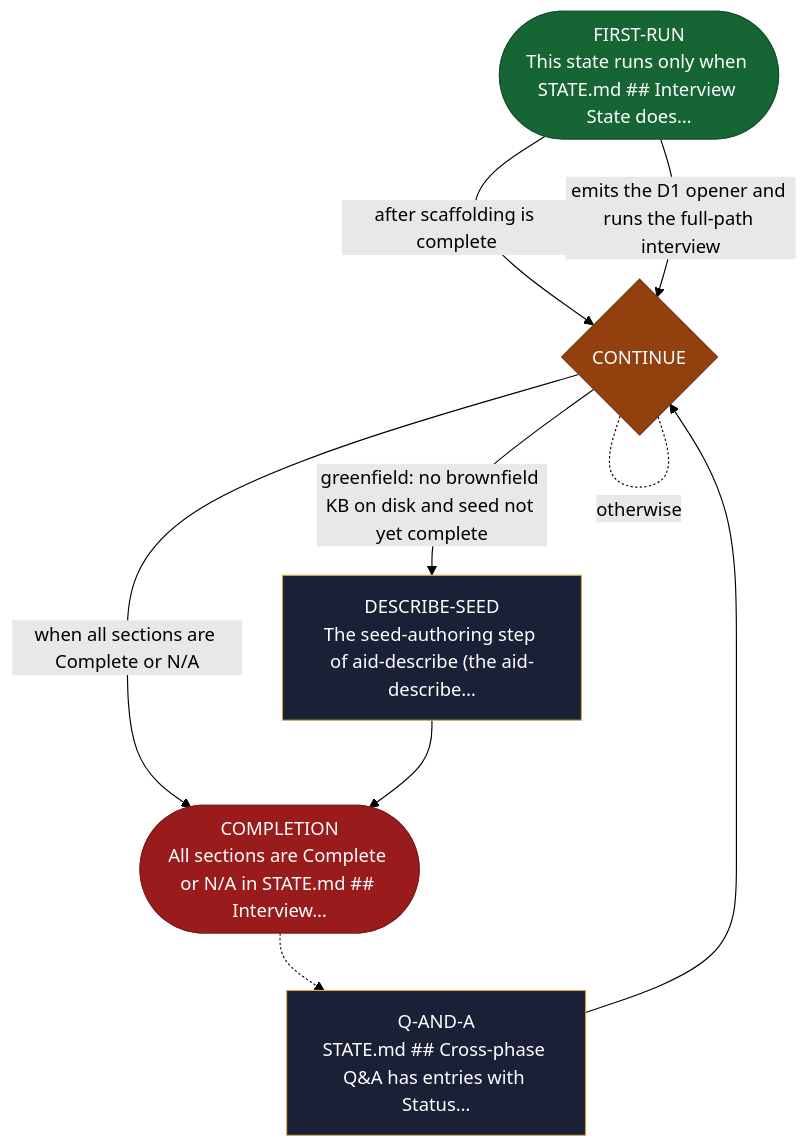
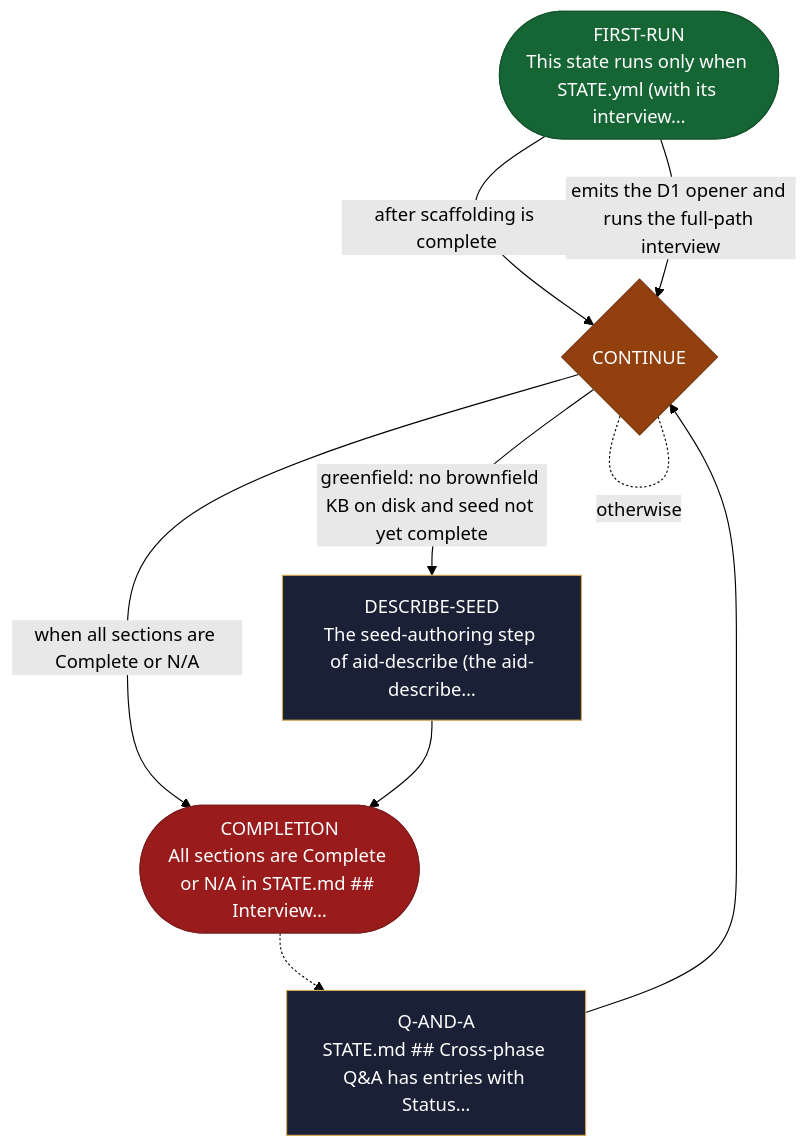
One commit to AndreVianna/aid-methodology changed the diagram in site/src/content/docs/skills/aid-describe.md. Above: the diagram before and after it, drawn with Mermaid (forest theme). The commit also changed other lines of this file and 221 other files, not shown here.

````diff
--- a/site/src/content/docs/skills/aid-describe.md
+++ b/site/src/content/docs/skills/aid-describe.md
@@ -20,32 +20,32 @@
 ```mermaid
 flowchart TB
   classDef aidNode color:#fff
   classDef aidEntry fill:#166534,stroke:#14532d,color:#fff
   classDef aidExit fill:#991b1b,stroke:#7f1d1d,color:#fff
   classDef aidDecision fill:#92400e,stroke:#78350f,color:#fff
   classDef aidLoopBack fill:#1e3a8a,stroke:#1e3a8a,color:#fff
   classDef aidStep fill:#1a2035,stroke:#d4a853,color:#f1f5f9
-  n1(["FIRST-RUN<br/>This state runs only when STATE.md ## Interview State does…"])
+  n1(["FIRST-RUN<br/>This state runs only when STATE.yml (with its interview…"])
   n2["Q-AND-A<br/>STATE.md ## Cross-phase Q&amp;A has entries with Status…"]
   n3{"CONTINUE"}
   n4["DESCRIBE-SEED<br/>The seed-authoring step of aid-describe (the aid-describe…"]
   n5(["COMPLETION<br/>All sections are Complete or N/A in STATE.md ## Interview…"])
   n1 -->|"after scaffolding is complete"| n3
   n1 -->|"emits the D1 opener and runs the full-path interview"| n3
   n2 --> n3
   n3 -. "otherwise" .- n3
   n3 -->|"greenfield: no brownfield KB on disk and seed not yet complete"| n4
   n3 -->|"when all sections are Complete or N/A"| n5
   n4 --> n5
   n5 -.-> n2
   class n1 aidEntry
   class n2 aidStep
   class n3 aidDecision
   class n4 aidStep
   class n5 aidExit
   class n1 aidNode
   class n2 aidNode
   class n3 aidNode
   class n4 aidNode
   class n5 aidNode
 ```
````
